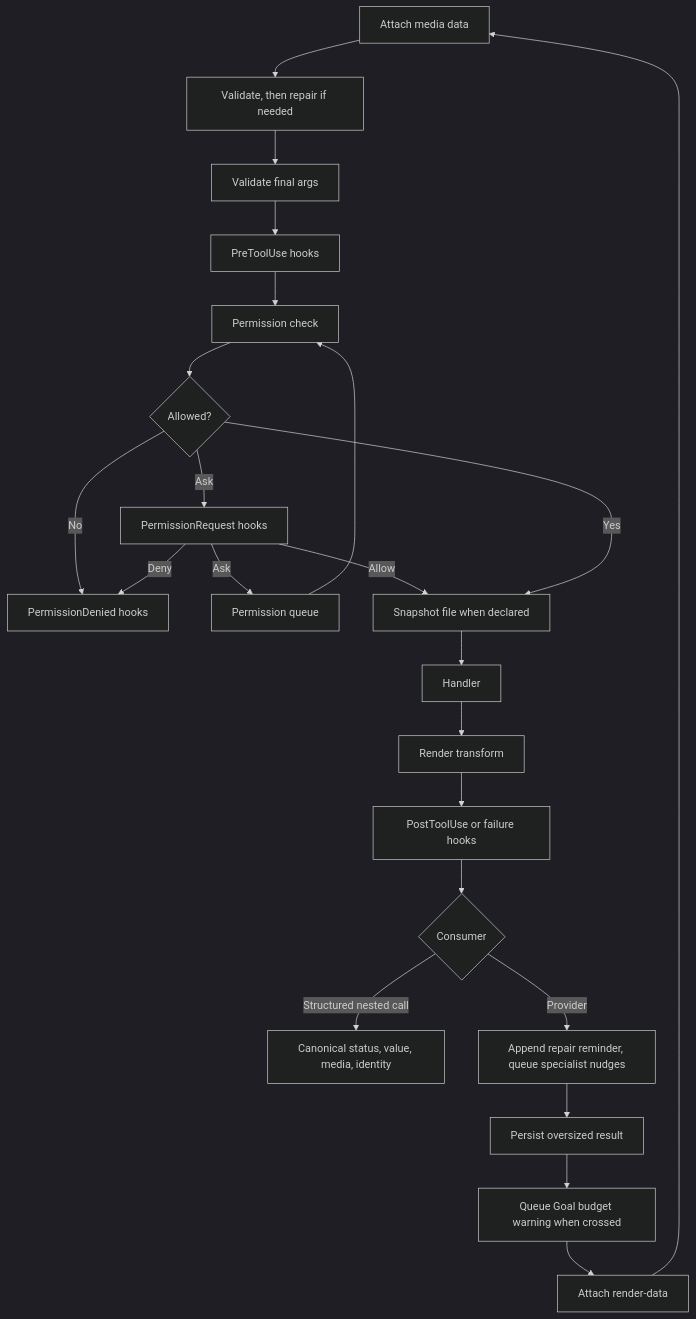
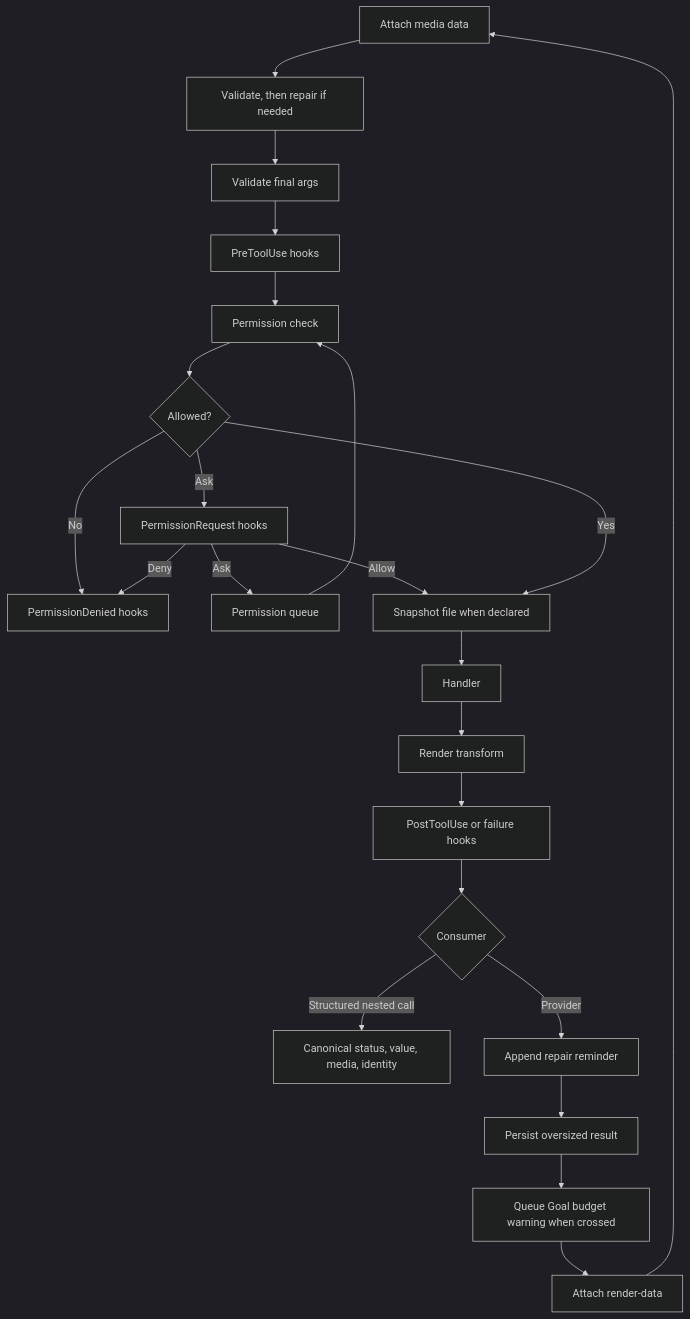
One commit to FrauH0lle/mevedel changed the diagram in docs/tools.md. Above: the diagram before and after it, drawn with Mermaid (dark theme). The commit also changed other lines of this file and 201 other files, not shown here.

````diff
--- a/docs/tools.md
+++ b/docs/tools.md
@@ -9,25 +36,25 @@
 ```mermaid
 flowchart TD
     R[Raw model call] --> S[Validate, then repair if needed]
     S --> A[Validate final args]
     A --> B[PreToolUse hooks]
     B --> C[Permission check]
     C --> D{Allowed?}
     D -- No --> E[PermissionDenied hooks]
     D -- Ask --> Q[PermissionRequest hooks]
     Q -- Ask --> F[Permission queue]
     Q -- Deny --> E
     Q -- Allow --> G
     F --> C
     D -- Yes --> G[Snapshot file when declared]
     G --> H[Handler]
     H --> I[Render transform]
     I --> J[PostToolUse or failure hooks]
     J --> K{Consumer}
     K -- Structured nested call --> L[Canonical status, value, media, identity]
-    K -- Provider --> M[Append repair reminder, queue specialist nudges]
+    K -- Provider --> M[Append repair reminder]
     M --> N[Persist oversized result]
     N --> O[Queue Goal budget warning when crossed]
     O --> P[Attach render-data]
     P --> R[Attach media data]
 ```
````
